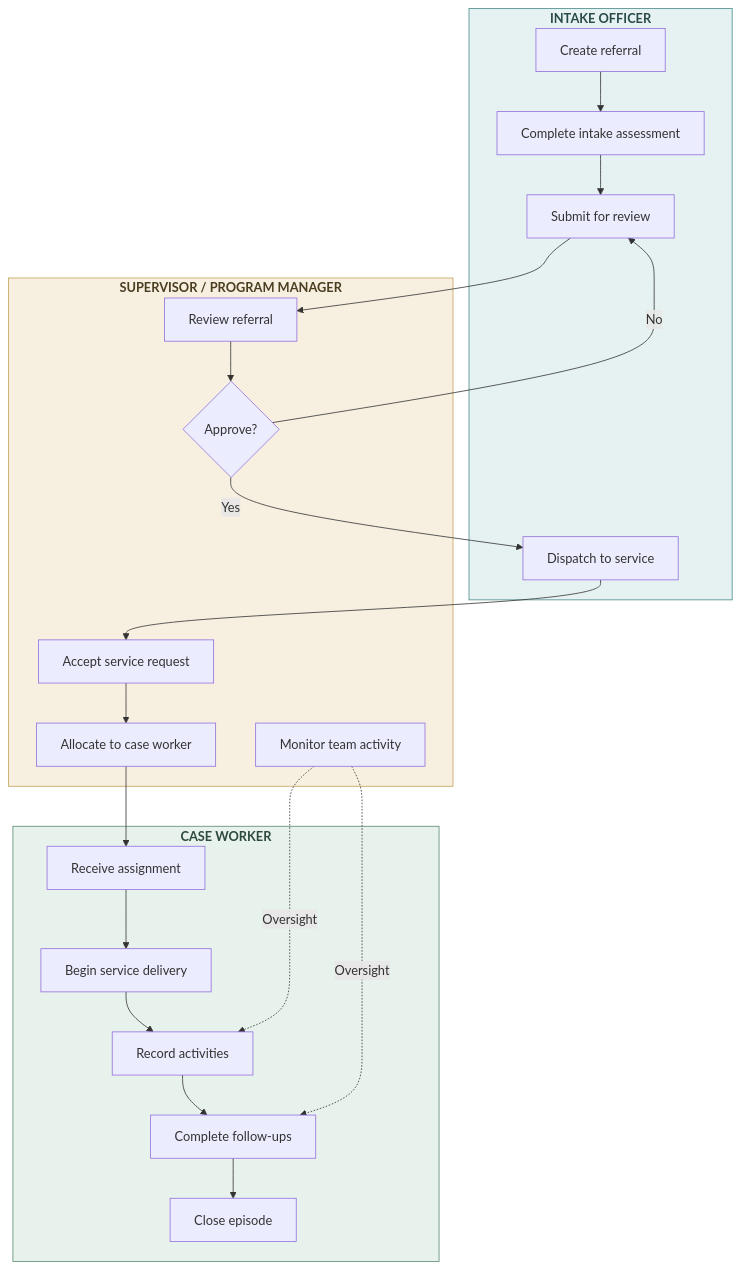
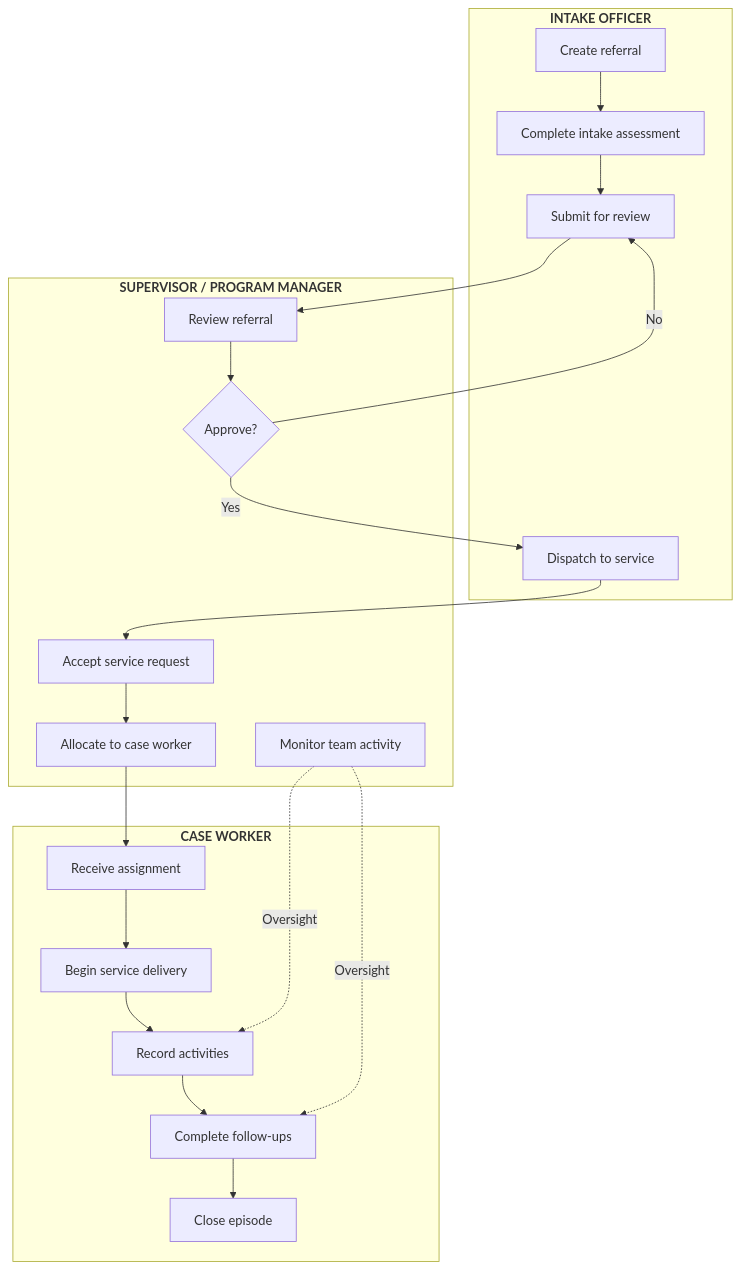
The second of 8 diagrams in docs/getting-started/workflow-overview.mdx (manaaki-tech/manaakicare-docs), drawn with Mermaid before and after one commit. The commit also changed other lines of this file and 4 other files, not shown here.

````diff
--- a/docs/getting-started/workflow-overview.mdx
+++ b/docs/getting-started/workflow-overview.mdx
@@ -78,42 +70,39 @@
 ```mermaid
 flowchart TB
     subgraph io["<b>INTAKE OFFICER</b>"]
         io1["Create referral"]
         io2["Complete intake assessment"]
         io3["Submit for review"]
         io4["Dispatch to service"]
     end
 
     subgraph sup["<b>SUPERVISOR / PROGRAM MANAGER</b>"]
         sup1["Review referral"]
         sup2{"Approve?"}
         sup3["Accept service request"]
         sup4["Allocate to case worker"]
         sup5["Monitor team activity"]
     end
 
     subgraph cw["<b>CASE WORKER</b>"]
         cw1["Receive assignment"]
         cw2["Begin service delivery"]
         cw3["Record activities"]
         cw4["Complete follow-ups"]
         cw5["Close episode"]
     end
 
     io1 --> io2 --> io3
     io3 --> sup1
     sup1 --> sup2
     sup2 -->|"Yes"| io4
     sup2 -->|"No"| io3
     io4 --> sup3
     sup3 --> sup4
     sup4 --> cw1
     cw1 --> cw2 --> cw3 --> cw4
     cw4 --> cw5
     sup5 -.->|"Oversight"| cw3
     sup5 -.->|"Oversight"| cw4
 
-    style io fill:#E6F2F2,stroke:#4A8B8C,color:#2A4A4A
-    style sup fill:#F7F0E0,stroke:#C4A35A,color:#4A3D20
-    style cw fill:#E8F2EC,stroke:#5C8A72,color:#2D4A3E
 ```
````
